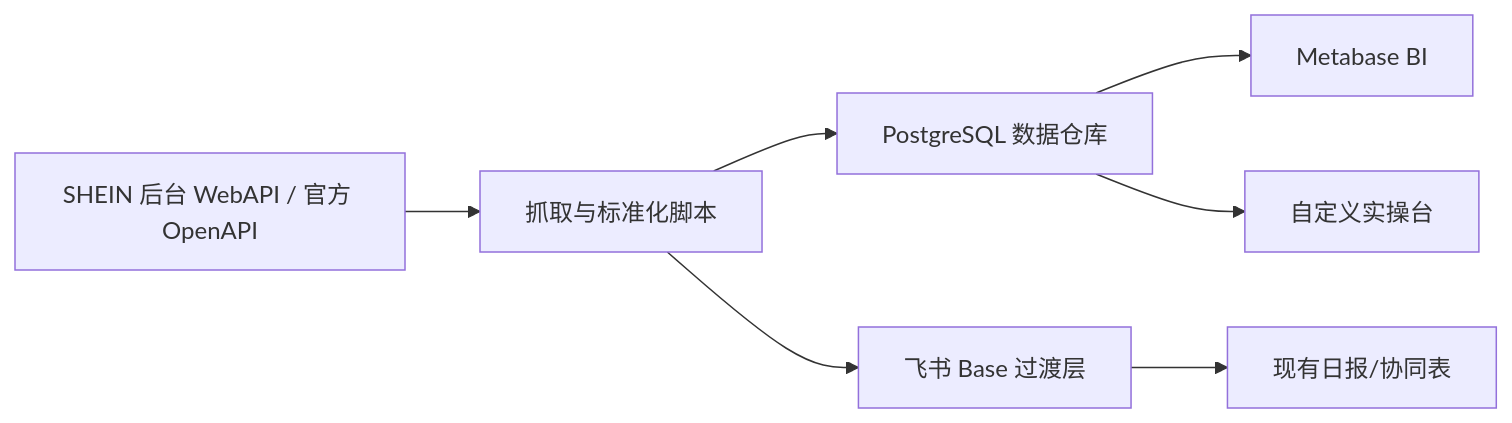
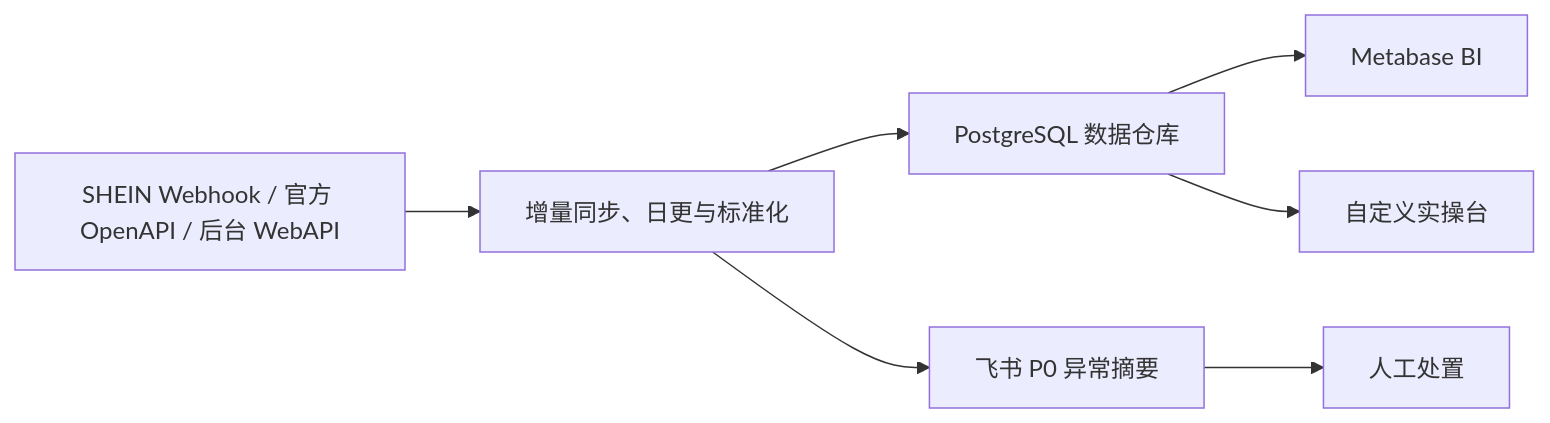
One commit to dushengyi1993/shein-sales-bi changed the diagram in docs/bi-system-architecture.md. Above: the diagram before and after it, drawn with Mermaid. The commit also changed other lines of this file and 26 other files, not shown here.

````diff
--- a/docs/bi-system-architecture.md
+++ b/docs/bi-system-architecture.md
@@ -9,9 +9,9 @@
 ```mermaid
 flowchart LR
-  A["SHEIN 后台 WebAPI / 官方 OpenAPI"] --> B["抓取与标准化脚本"]
+  A["SHEIN Webhook / 官方 OpenAPI / 后台 WebAPI"] --> B["增量同步、日更与标准化"]
   B --> C["PostgreSQL 数据仓库"]
   C --> D["Metabase BI"]
   C --> E["自定义实操台"]
-  B --> F["飞书 Base 过渡层"]
-  F --> G["现有日报/协同表"]
+  B --> F["飞书 P0 异常摘要"]
+  F --> G["人工处置"]
 ```
````
